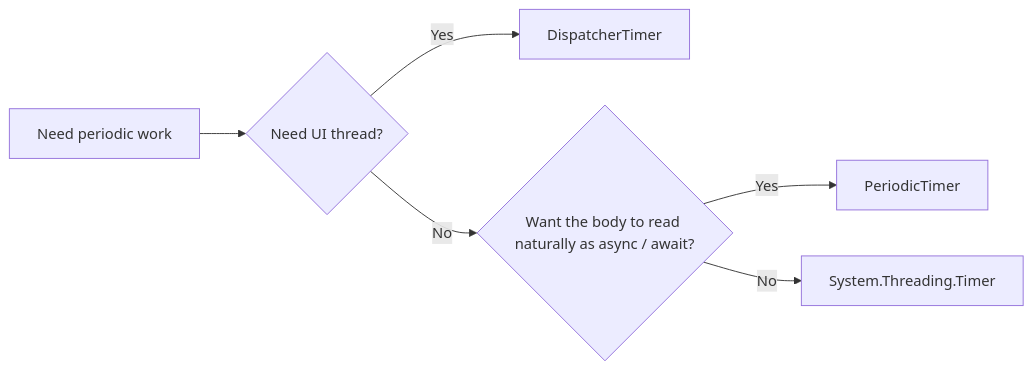
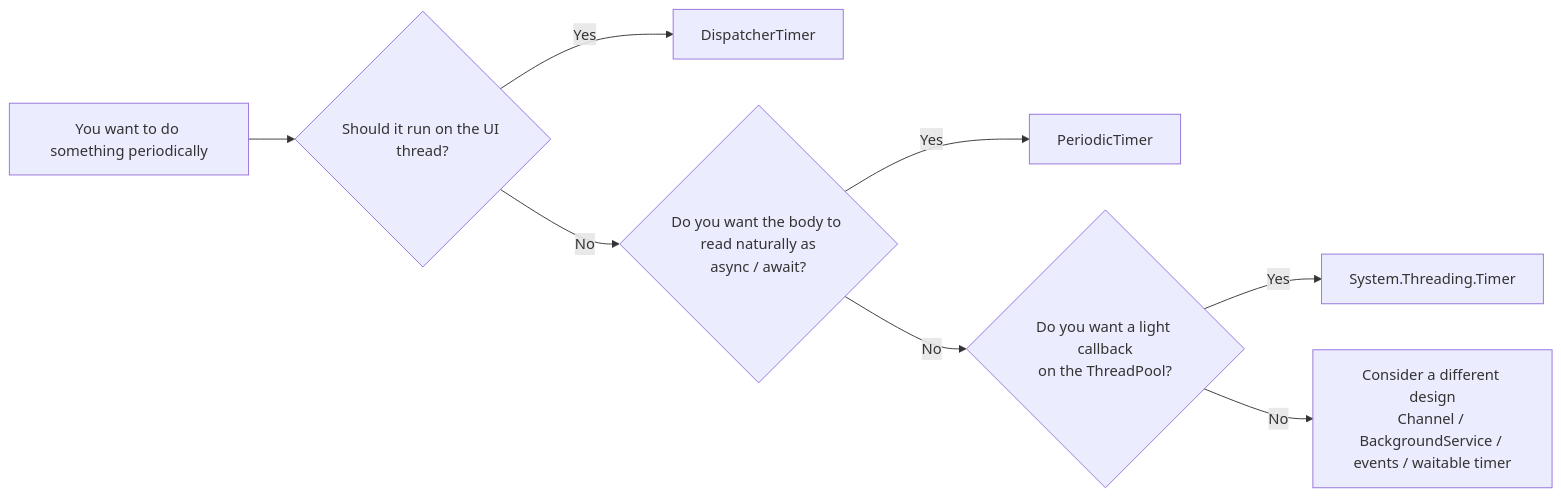
The diagram in _posts/2026-03-12-002-periodictimer-system-threading-timer-dispatchertimer-guide-en.md (gomurin0428/KomuraSoftWeb), drawn with Mermaid before and after one commit. The commit also changed other lines of this file, not shown here.

````diff
--- a/_posts/2026-03-12-002-periodictimer-system-threading-timer-dispatchertimer-guide-en.md
+++ b/_posts/2026-03-12-002-periodictimer-system-threading-timer-dispatchertimer-guide-en.md
@@ -48,8 +94,10 @@
 ```mermaid
 flowchart LR
-    A["Need periodic work"] --> B{"Need UI thread?"}
+    A["You want to do something periodically"] --> B{"Should it run on the UI thread?"}
     B -- "Yes" --> C["DispatcherTimer"]
-    B -- "No" --> D{"Want the body to read naturally as async / await?"}
+    B -- "No" --> D{"Do you want the body to read naturally as<br/>async / await?"}
     D -- "Yes" --> E["PeriodicTimer"]
-    D -- "No" --> F["System.Threading.Timer"]
+    D -- "No" --> F{"Do you want a light callback<br/>on the ThreadPool?"}
+    F -- "Yes" --> G["System.Threading.Timer"]
+    F -- "No" --> H["Consider a different design<br/>Channel / BackgroundService / events / waitable timer"]
 ```
````
